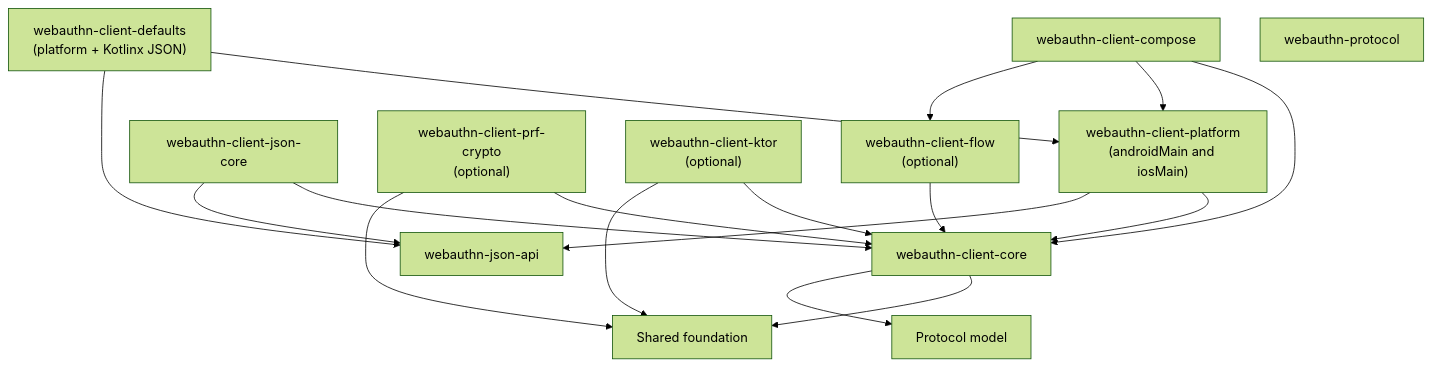
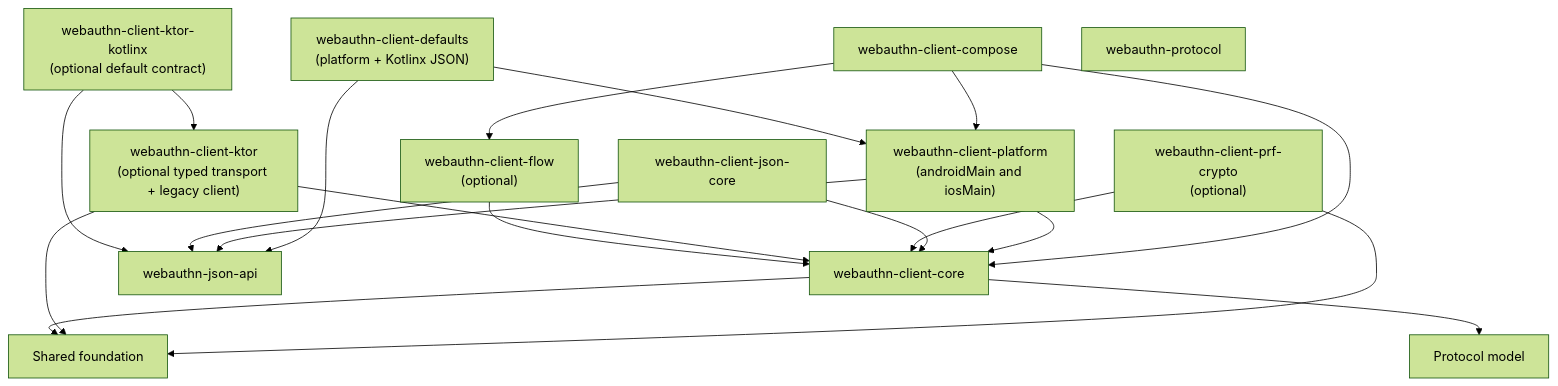
One commit to szijpeter/webauthn-kotlin-multiplatform changed the third of 4 diagrams in docs/architecture.md. Above: the diagram before and after it, drawn with Mermaid (forest theme). The commit also changed other lines of this file and 18 other files, not shown here.

Commit message:
refactor(ktor): introduce typed backend contract

````diff
--- a/docs/architecture.md
+++ b/docs/architecture.md
@@ -91,37 +95,40 @@
 ```mermaid
 flowchart TB
     COMPOSE["webauthn-client-compose"]
     DEFAULTS["webauthn-client-defaults<br/>(platform + Kotlinx JSON)"]
     PLATFORM["webauthn-client-platform<br/>(androidMain and iosMain)"]
     JSON["webauthn-client-json-core"]
     PRF["webauthn-client-prf-crypto<br/>(optional)"]
-    NETWORK["webauthn-client-ktor<br/>(optional)"]
+    NETWORK["webauthn-client-ktor<br/>(optional typed transport + legacy client)"]
+    NETWORK_KOTLINX["webauthn-client-ktor-kotlinx<br/>(optional default contract)"]
     CLIENT_CORE["webauthn-client-core"]
     CLIENT_FLOW["webauthn-client-flow<br/>(optional)"]
     JSON_API["webauthn-json-api"]
     PROTOCOL["webauthn-protocol"]
     FOUNDATION["Shared foundation"]
     MODEL["Protocol model"]
 
     COMPOSE --> CLIENT_CORE
     COMPOSE --> PLATFORM
     COMPOSE --> CLIENT_FLOW
     DEFAULTS --> PLATFORM
     DEFAULTS --> JSON_API
 
     PLATFORM --> CLIENT_CORE
     PLATFORM --> JSON_API
 
     JSON --> CLIENT_CORE
     JSON --> JSON_API
 
     PRF --> CLIENT_CORE
     PRF --> FOUNDATION
 
     NETWORK --> CLIENT_CORE
     NETWORK --> FOUNDATION
+    NETWORK_KOTLINX --> NETWORK
+    NETWORK_KOTLINX --> JSON_API
 
     CLIENT_CORE --> FOUNDATION
     CLIENT_CORE --> MODEL
     CLIENT_FLOW --> CLIENT_CORE
 ```
````
